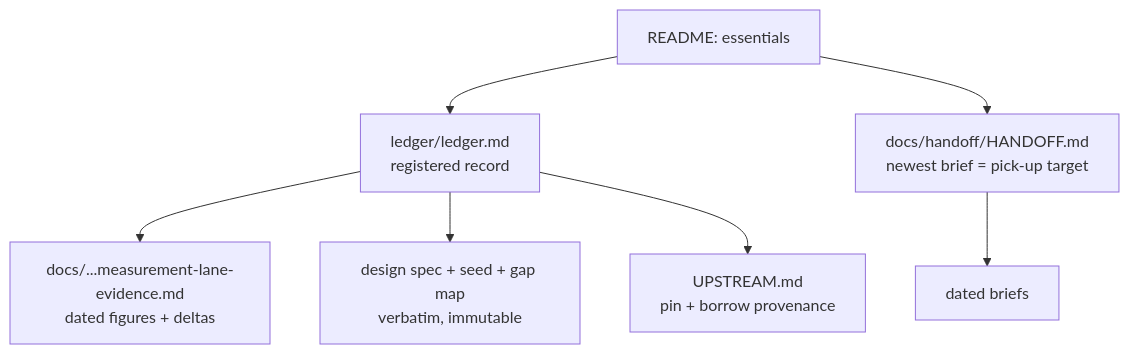
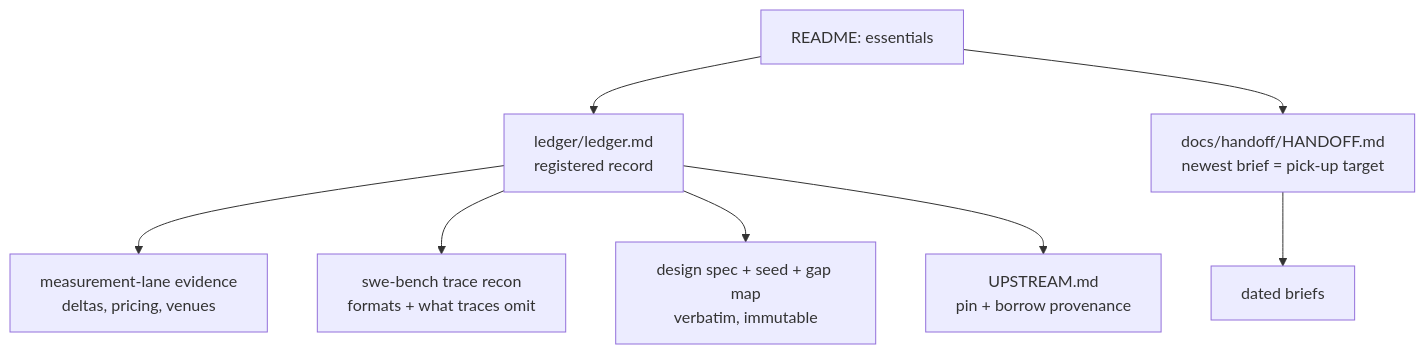
One commit to hossainpazooki/linear-ceiling changed the sixth of 6 diagrams in README.md. Above: the diagram before and after it, drawn with Mermaid. The commit also changed other lines of this file and 3 other files, not shown here.

Commit message:
docs: README to current state with per-section visuals; SWE-bench trace recon

````diff
--- a/README.md
+++ b/README.md
@@ -115,9 +130,10 @@
 ```mermaid
 flowchart TD
     README[README: essentials] --> LED[ledger/ledger.md<br/>registered record]
     README --> HOF[docs/handoff/HANDOFF.md<br/>newest brief = pick-up target]
-    LED --> EV[docs/...measurement-lane-evidence.md<br/>dated figures + deltas]
+    LED --> EV[measurement-lane evidence<br/>deltas, pricing, venues]
+    LED --> RECON[swe-bench trace recon<br/>formats + what traces omit]
     LED --> SPEC[design spec + seed + gap map<br/>verbatim, immutable]
     LED --> UP[UPSTREAM.md<br/>pin + borrow provenance]
     HOF --> BRIEFS[dated briefs]
 ```
````
